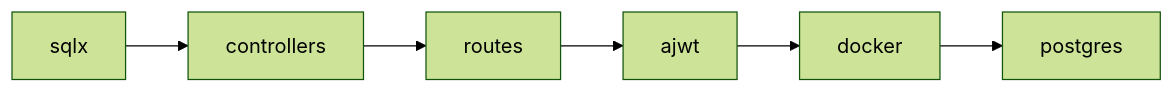
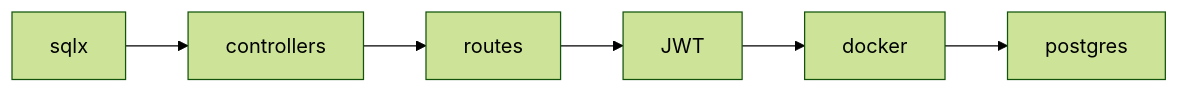
Before and after one commit to narie-monarie/Golang-Postgresql-Docker-JWT: the diagram in README.md, drawn with Mermaid (forest theme).

Commit message:
updatoing the progres

````diff
--- a/README.md
+++ b/README.md
@@ -11,4 +11,4 @@
 ```mermaid
 graph LR;
- sqlx --> controllers --> routes --> ajwt --> docker --> postgres;
+ sqlx --> controllers --> routes --> JWT --> docker --> postgres;
 ```
````
